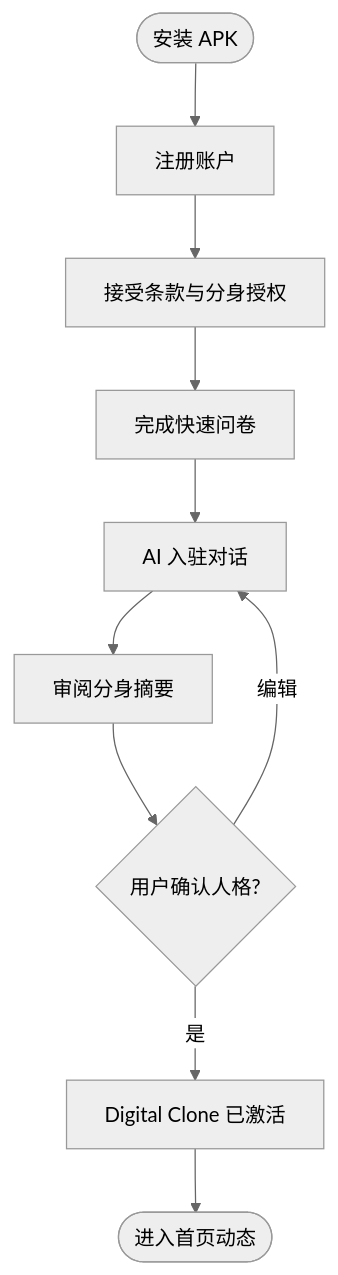
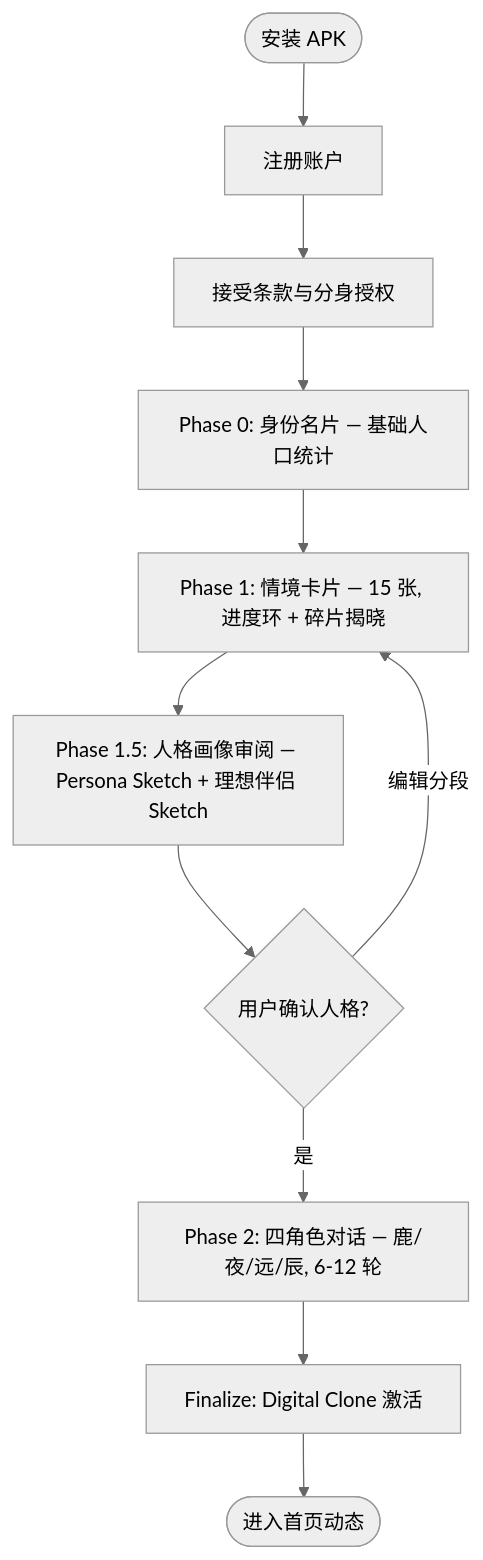
Before and after one commit to yth-pass/Echo: the first of 4 diagrams in docs_CN/PRD-Echo.md, drawn with Mermaid (neutral theme). The commit also changed other lines of this file and 3 other files, not shown here.

````diff
--- a/docs_CN/PRD-Echo.md
+++ b/docs_CN/PRD-Echo.md
@@ -152,12 +156,13 @@
 ```mermaid
 flowchart TD
   Start([安装 APK]) --> Reg[注册账户]
   Reg --> Consent[接受条款与分身授权]
-  Consent --> Survey[完成快速问卷]
-  Survey --> Dialog[AI 入驻对话]
-  Dialog --> Review[审阅分身摘要]
-  Review --> Confirm{用户确认人格?}
-  Confirm -->|编辑| Dialog
-  Confirm -->|是| Active[Digital Clone 已激活]
-  Active --> Home([进入首页动态])
+  Consent --> Phase0[Phase 0: 身份名片 — 基础人口统计]
+  Phase0 --> Phase1[Phase 1: 情境卡片 — 15 张, 进度环 + 碎片揭晓]
+  Phase1 --> Phase1_5[Phase 1.5: 人格画像审阅 — Persona Sketch + 理想伴侣 Sketch]
+  Phase1_5 --> Confirm{用户确认人格?}
+  Confirm -->|编辑分段| Phase1
+  Confirm -->|是| Phase2[Phase 2: 四角色对话 — 鹿/夜/远/辰, 6-12 轮]
+  Phase2 --> Finalize[Finalize: Digital Clone 激活]
+  Finalize --> Home([进入首页动态])
 ```
````
